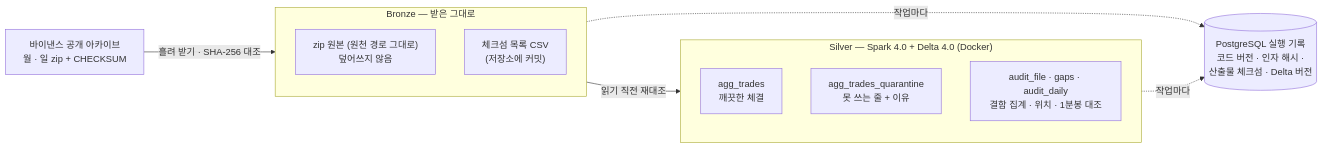
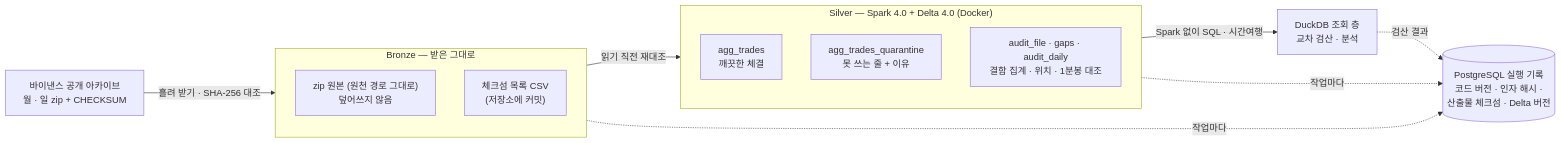
The diagram in README.md (seoloo/Market_Data_Platform), drawn with Mermaid before and after one commit. The commit also changed other lines of this file and 8 other files, not shown here.

First line of the commit message:
DuckDB 조회 계층: Spark 없이 SQL로 Silver 조회하고 교차 검증

````diff
--- a/README.md
+++ b/README.md
@@ -21,16 +22,18 @@
 ```mermaid
 flowchart LR
     SRC["바이낸스 공개 아카이브<br/>월 · 일 zip + CHECKSUM"] -->|흘려 받기 · SHA-256 대조| BRZ
     subgraph BRZ["Bronze — 받은 그대로"]
         B1["zip 원본 (원천 경로 그대로)<br/>덮어쓰지 않음"]
         B2["체크섬 목록 CSV<br/>(저장소에 커밋)"]
     end
     BRZ -->|읽기 직전 재대조| SLV
     subgraph SLV["Silver — Spark 4.0 + Delta 4.0 (Docker)"]
         S1["agg_trades<br/>깨끗한 체결"]
         S2["agg_trades_quarantine<br/>못 쓰는 줄 + 이유"]
         S3["audit_file · gaps · audit_daily<br/>결함 집계 · 위치 · 1분봉 대조"]
     end
+    SLV -->|Spark 없이 SQL · 시간여행| DUCK["DuckDB 조회 층<br/>교차 검산 · 분석"]
     BRZ -. 작업마다 .-> LOG[("PostgreSQL 실행 기록<br/>코드 버전 · 인자 해시 ·<br/>산출물 체크섬 · Delta 버전")]
     SLV -. 작업마다 .-> LOG
+    DUCK -. 검산 결과 .-> LOG
 ```
````
